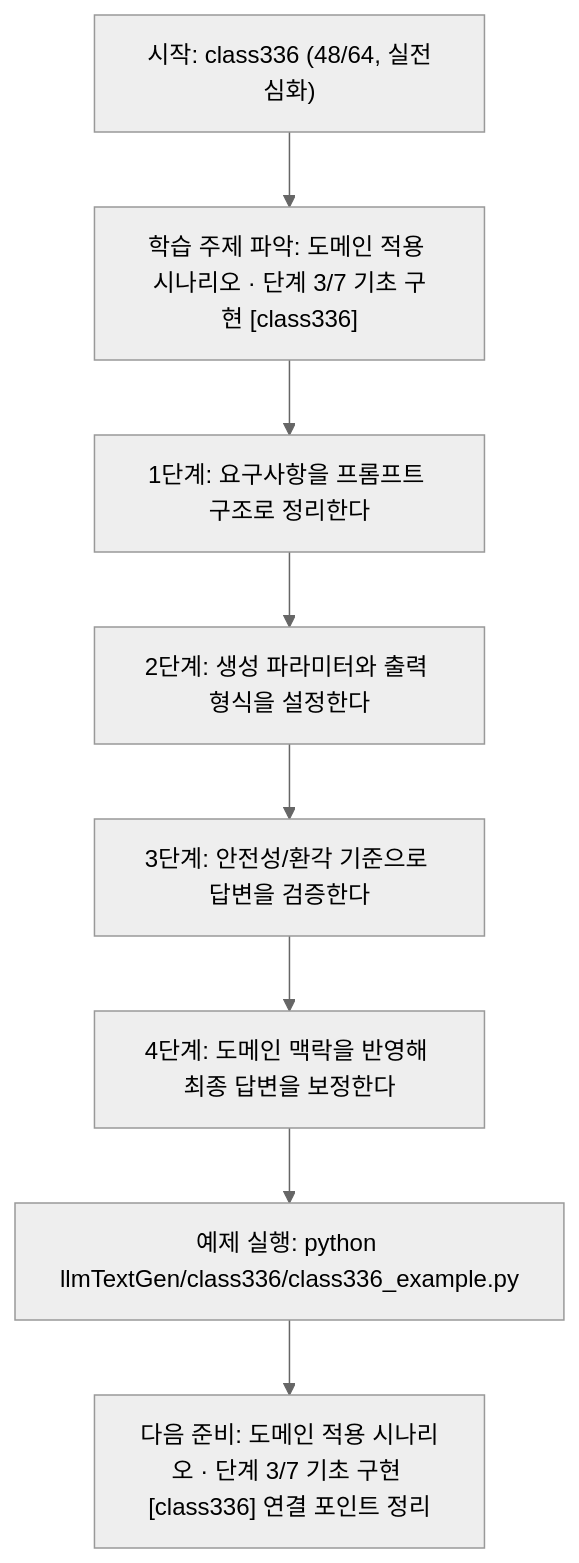
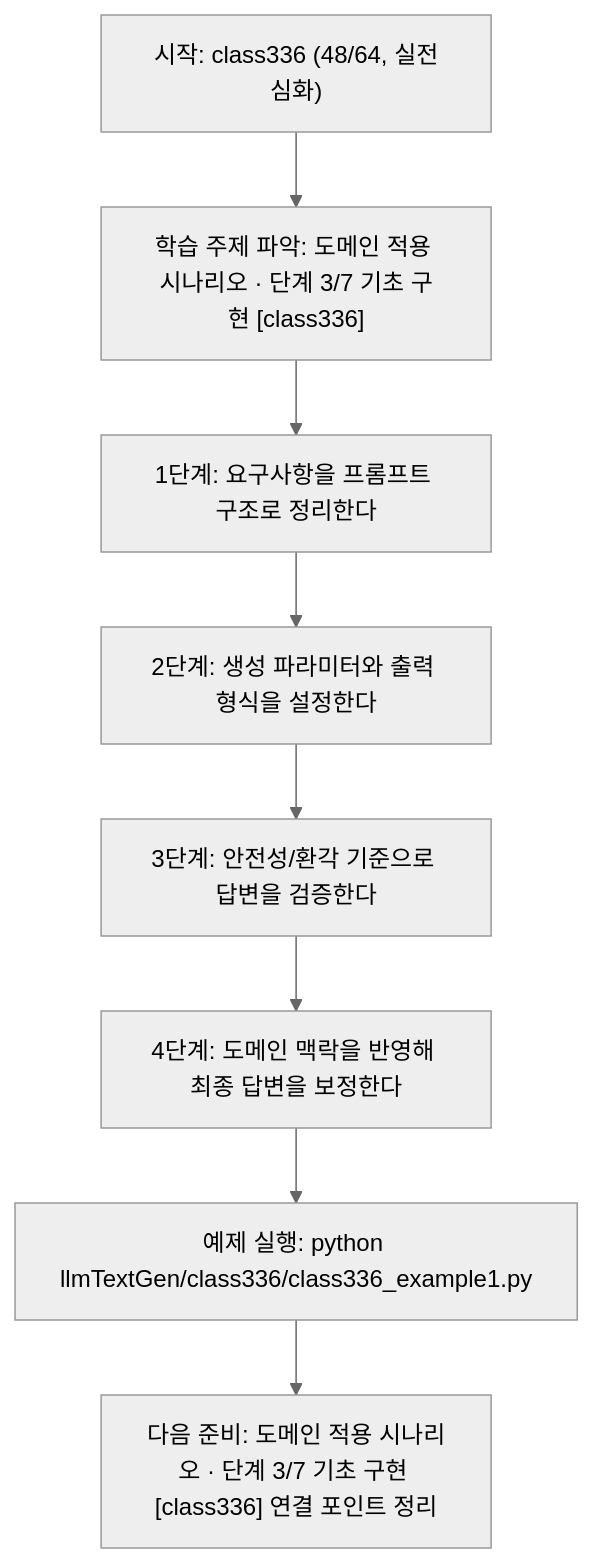
Before and after one commit to edumgt/Python-AI_Agent-Class: the diagram in llmTextGen/class336/class336.md, drawn with Mermaid (neutral theme). The commit also changed other lines of this file and 2959 other files, not shown here.

````diff
--- a/llmTextGen/class336/class336.md
+++ b/llmTextGen/class336/class336.md
@@ -114,18 +114,18 @@
 ```mermaid
 flowchart TD
 N1["시작: class336 (48/64, 실전심화)"]
 N2["학습 주제 파악: 도메인 적용 시나리오 · 단계 3/7 기초 구현 [class336]"]
 N3["1단계: 요구사항을 프롬프트 구조로 정리한다"]
 N4["2단계: 생성 파라미터와 출력 형식을 설정한다"]
 N5["3단계: 안전성/환각 기준으로 답변을 검증한다"]
 N6["4단계: 도메인 맥락을 반영해 최종 답변을 보정한다"]
-N7["예제 실행: python llmTextGen/class336/class336_example.py"]
+N7["예제 실행: python llmTextGen/class336/class336_example1.py"]
 N8["다음 준비: 도메인 적용 시나리오 · 단계 3/7 기초 구현 [class336] 연결 포인트 정리"]
 N1 --> N2
 N2 --> N3
 N3 --> N4
 N4 --> N5
 N5 --> N6
 N6 --> N7
 N7 --> N8
 ```
````
